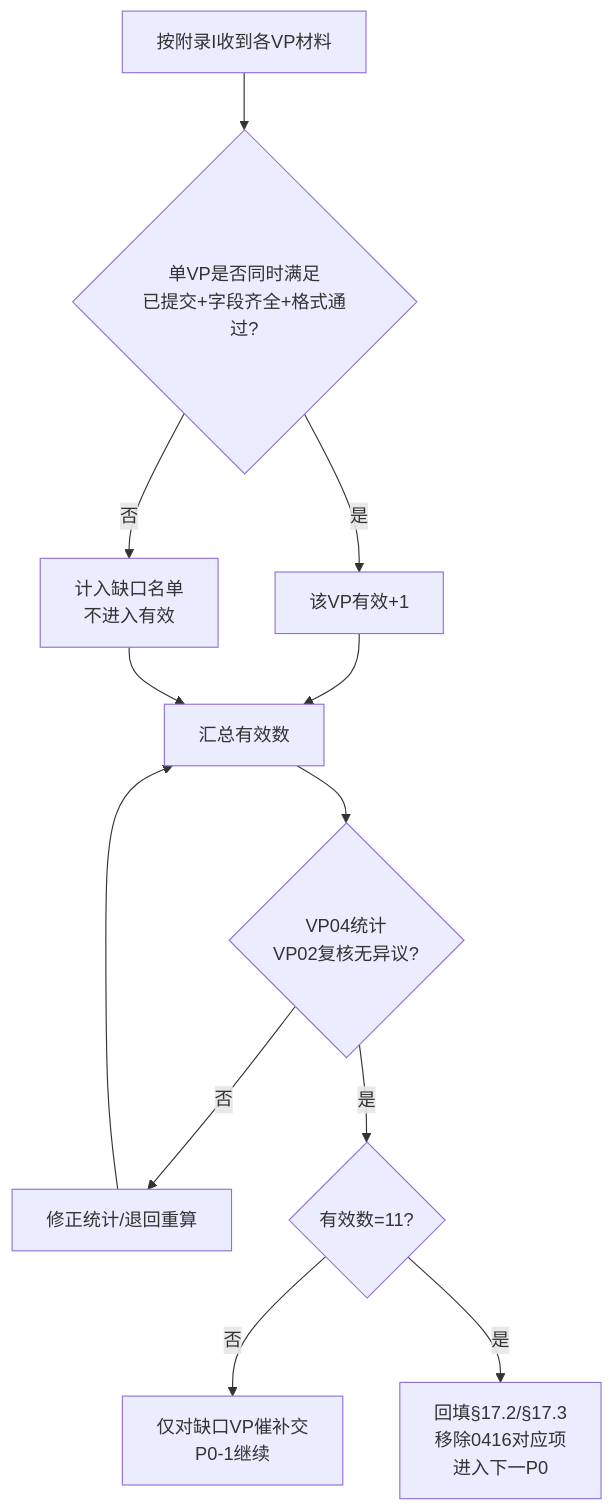
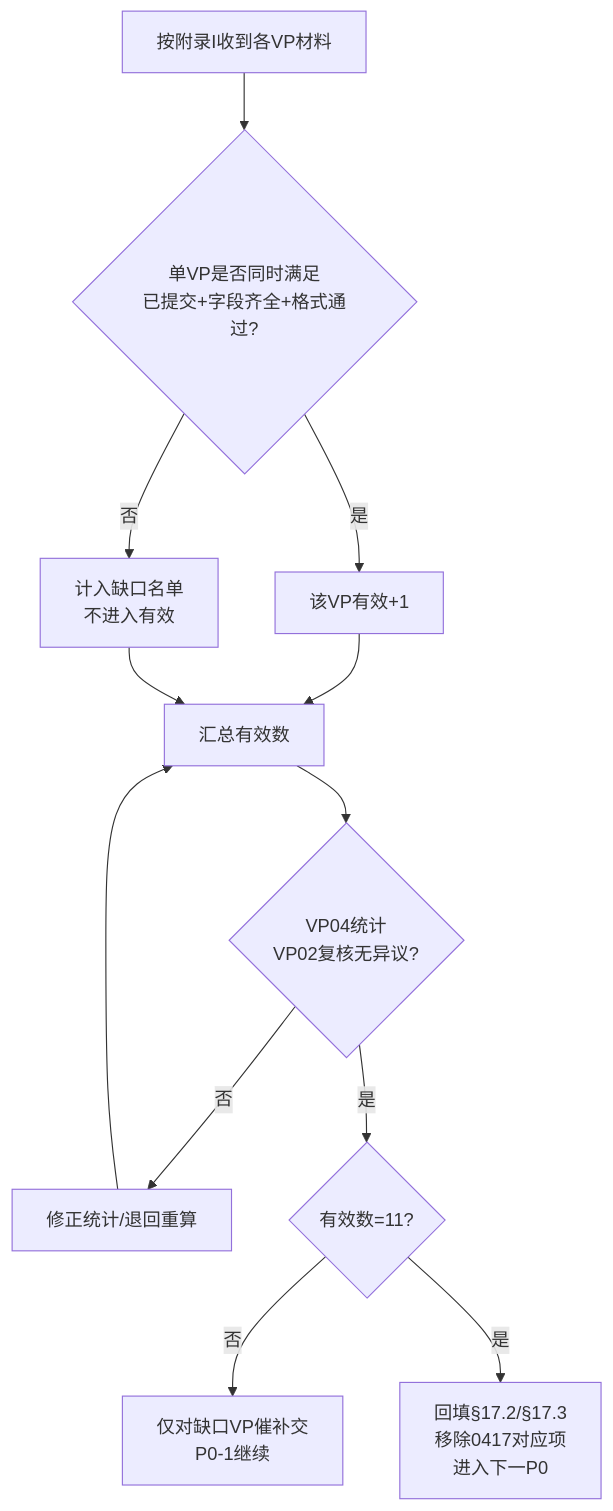
Before and after one commit to kailin58/Flow-harness-03: the first of 4 diagrams in meeting/20260418升级总结/09学院（可跑顺、可闭环、可扩展）.md, drawn with Mermaid. The commit also changed other lines of this file and 6 other files, not shown here.

````diff
--- a/meeting/20260418升级总结/09学院（可跑顺、可闭环、可扩展）.md
+++ b/meeting/20260418升级总结/09学院（可跑顺、可闭环、可扩展）.md
@@ -571,14 +572,14 @@
 ```mermaid
 flowchart TD
   A[按附录I收到各VP材料] --> B{单VP是否同时满足\n已提交+字段齐全+格式通过?}
   B -->|是| C[该VP有效+1]
   B -->|否| D[计入缺口名单\n不进入有效]
   C --> E[汇总有效数]
   D --> E
   E --> F{VP04统计\nVP02复核无异议?}
   F -->|否| G[修正统计/退回重算]
   G --> E
   F -->|是| H{有效数=11?}
   H -->|否| I[仅对缺口VP催补交\nP0-1继续]
-  H -->|是| J[回填§17.2/§17.3\n移除0416对应项\n进入下一P0]
+  H -->|是| J[回填§17.2/§17.3\n移除0417对应项\n进入下一P0]
 ```
````
